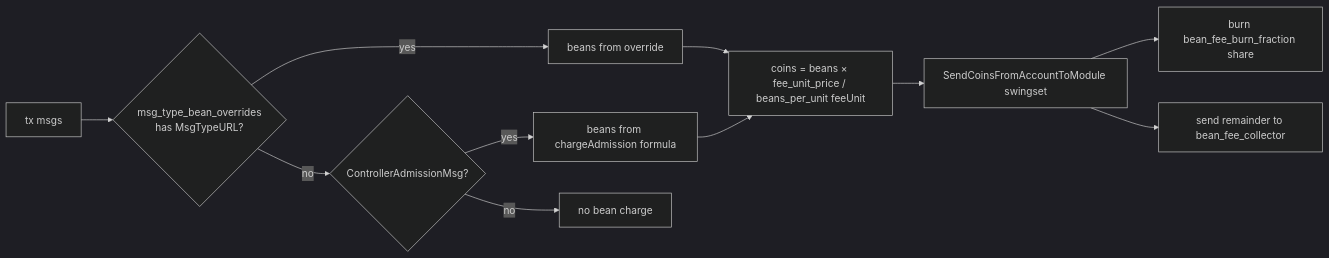
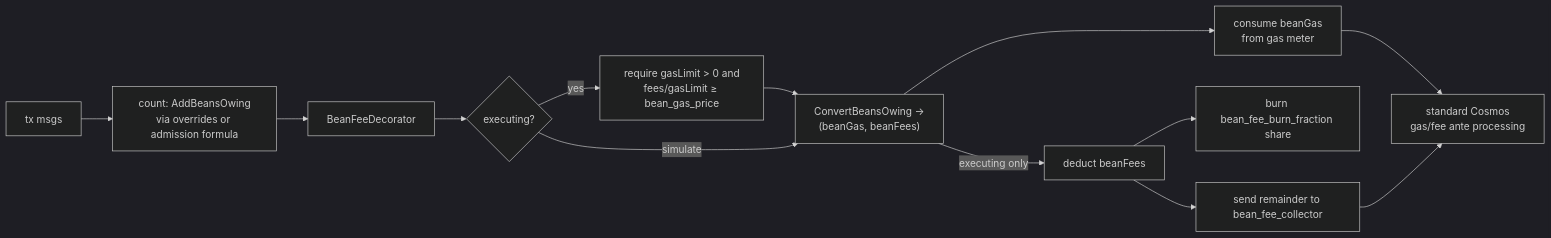
One commit to kriscendobot/agoric-sdk changed the diagram in designs/beans-v2-deflation.md. Above: the diagram before and after it, drawn with Mermaid (dark theme). The commit also changed other lines of this file, not shown here.

First line of the commit message:
docs: fold the HackMD implementation spec into the beans-v2 deflation design

````diff
--- a/designs/beans-v2-deflation.md
+++ b/designs/beans-v2-deflation.md
@@ -100,12 +173,14 @@
 ```mermaid
 flowchart LR
-  A[tx msgs] --> B{msg_type_bean_overrides\nhas MsgTypeURL?}
-  B -- yes --> C[beans from override]
-  B -- no --> D{ControllerAdmissionMsg?}
-  D -- yes --> E[beans from chargeAdmission formula]
-  D -- no --> F[no bean charge]
-  C & E --> G[coins = beans × fee_unit_price / beans_per_unit feeUnit]
-  G --> H[SendCoinsFromAccountToModule swingset]
+  A[tx msgs] --> B[count: AddBeansOwing\nvia overrides or admission formula]
+  B --> C[BeanFeeDecorator]
+  C --> D{executing?}
+  D -- yes --> E[require gasLimit > 0 and\nfees/gasLimit ≥ bean_gas_price]
+  E --> F["ConvertBeansOwing →\n(beanGas, beanFees)"]
+  D -- simulate --> F
+  F --> G[consume beanGas\nfrom gas meter]
+  F -- executing only --> H[deduct beanFees]
   H --> I[burn bean_fee_burn_fraction share]
   H --> J[send remainder to bean_fee_collector]
+  G & J --> K[standard Cosmos\ngas/fee ante processing]
 ```
````
